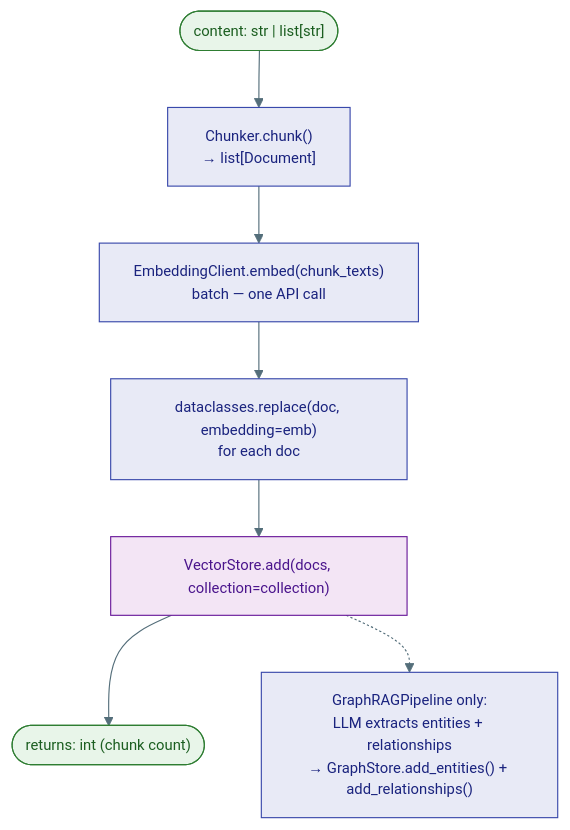
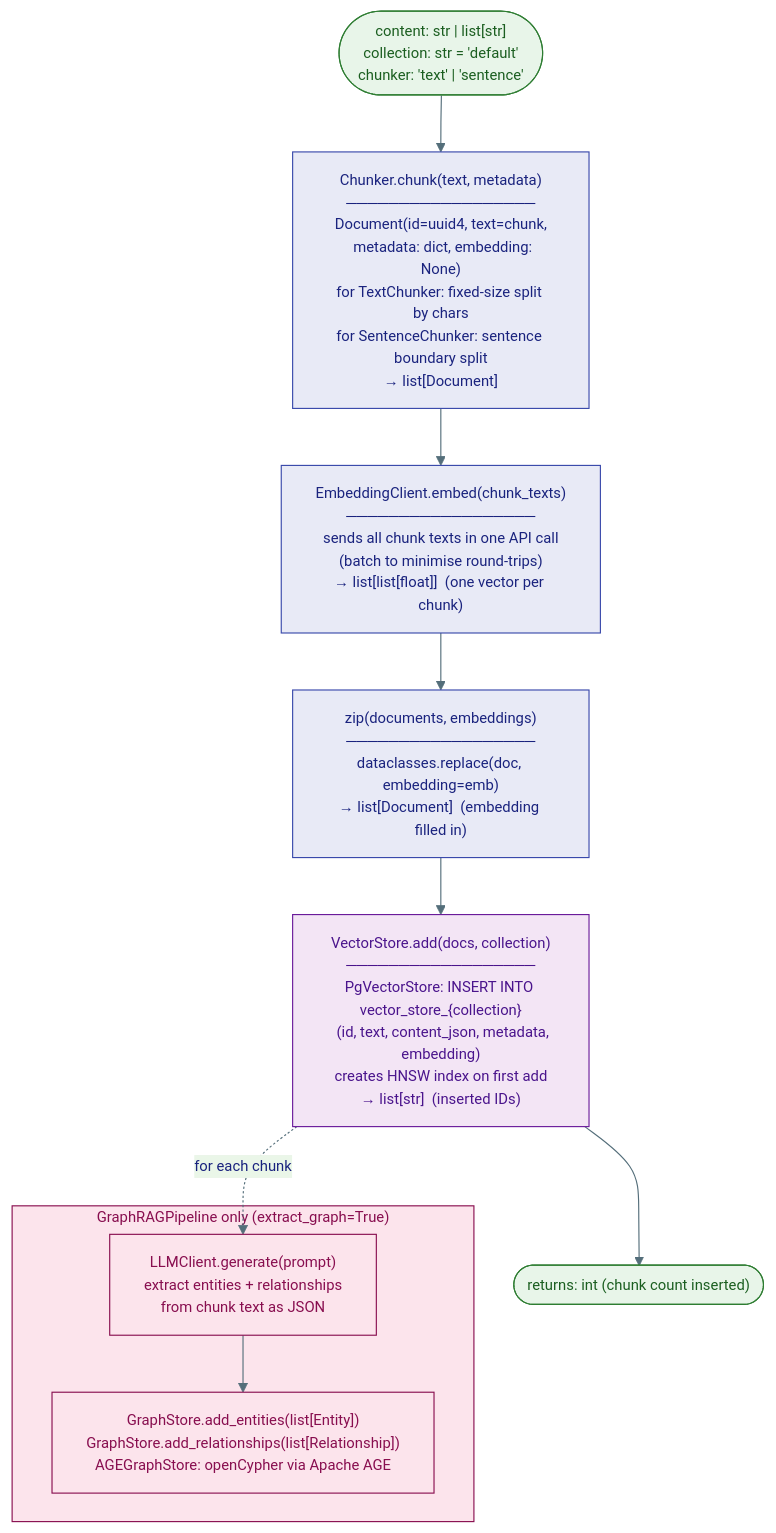
The second of 3 diagrams in agents/agent-substrate/docs/capabilities/04-knowledge-rag.md (Ravikumarchavva/agent-substrate), drawn with Mermaid before and after one commit. The commit also changed other lines of this file and 10 other files, not shown here.

First line of the commit message:
Refactor documentation diagrams and enhance Mermaid integration

````diff
--- a/agents/agent-substrate/docs/capabilities/04-knowledge-rag.md
+++ b/agents/agent-substrate/docs/capabilities/04-knowledge-rag.md
@@ -41,19 +45,30 @@
 ```mermaid
 %%{init: {'theme': 'base', 'themeVariables': {'primaryColor': '#E8EAF6','primaryTextColor': '#1A237E','primaryBorderColor': '#3949AB','lineColor': '#546E7A','fontSize': '13px'}}}%%
 flowchart TD
-    classDef proc fill:#E8EAF6,stroke:#3949AB,color:#1A237E
+    classDef proc  fill:#E8EAF6,stroke:#3949AB,color:#1A237E
     classDef store fill:#F3E5F5,stroke:#6A1B9A,color:#4A148C
-    classDef io fill:#E8F5E9,stroke:#2E7D32,color:#1B5E20
+    classDef io    fill:#E8F5E9,stroke:#2E7D32,color:#1B5E20
+    classDef gcls fill:#fce4ec,stroke:#880E4F,color:#880E4F
 
-    IN(["content: str | list[str]"]):::io
-    CHUNK["Chunker.chunk()\n→ list[Document]"]:::proc
-    EMBED["EmbeddingClient.embed(chunk_texts)\nbatch — one API call"]:::proc
-    MERGE["dataclasses.replace(doc, embedding=emb)\nfor each doc"]:::proc
-    STORE["VectorStore.add(docs, collection=collection)"]:::store
-    OUT(["returns: int (chunk count)"]):::io
+    IN(["content: str | list[str]<br/>collection: str = 'default'<br/>chunker: 'text' | 'sentence'"]):::io
+
+    CHUNK["Chunker.chunk(text, metadata)<br/>──────────────────<br/>Document(id=uuid4, text=chunk,<br/>  metadata: dict, embedding: None)<br/>for TextChunker: fixed-size split by chars<br/>for SentenceChunker: sentence boundary split<br/>→ list[Document]"]:::proc
+
+    EMBED["EmbeddingClient.embed(chunk_texts)<br/>──────────────────<br/>sends all chunk texts in one API call<br/>(batch to minimise round-trips)<br/>→ list[list[float]]  (one vector per chunk)"]:::proc
+
+    MERGE["zip(documents, embeddings)<br/>──────────────────<br/>dataclasses.replace(doc, embedding=emb)<br/>→ list[Document]  (embedding filled in)"]:::proc
+
+    STORE["VectorStore.add(docs, collection)<br/>──────────────────<br/>PgVectorStore: INSERT INTO vector_store_{collection}<br/>  (id, text, content_json, metadata, embedding)<br/>creates HNSW index on first add<br/>→ list[str]  (inserted IDs)"]:::store
+
+    OUT(["returns: int  (chunk count inserted)"]):::io
+
+    subgraph GRAPHONLY["GraphRAGPipeline only (extract_graph=True)"]
+        style GRAPHONLY fill:#fce4ec,stroke:#880E4F,color:#880E4F
+        LLM_EXT["LLMClient.generate(prompt)<br/>extract entities + relationships<br/>from chunk text as JSON"]:::gcls
+        GS_ADD["GraphStore.add_entities(list[Entity])<br/>GraphStore.add_relationships(list[Relationship])<br/>AGEGraphStore: openCypher via Apache AGE"]:::gcls
+        LLM_EXT --> GS_ADD
+    end
 
     IN --> CHUNK --> EMBED --> MERGE --> STORE --> OUT
-
-    GRAPH["GraphRAGPipeline only:\nLLM extracts entities + relationships\n→ GraphStore.add_entities() + add_relationships()"]:::proc
-    STORE -.-> GRAPH
+    STORE -.->|"for each chunk"| LLM_EXT
 ```
````
